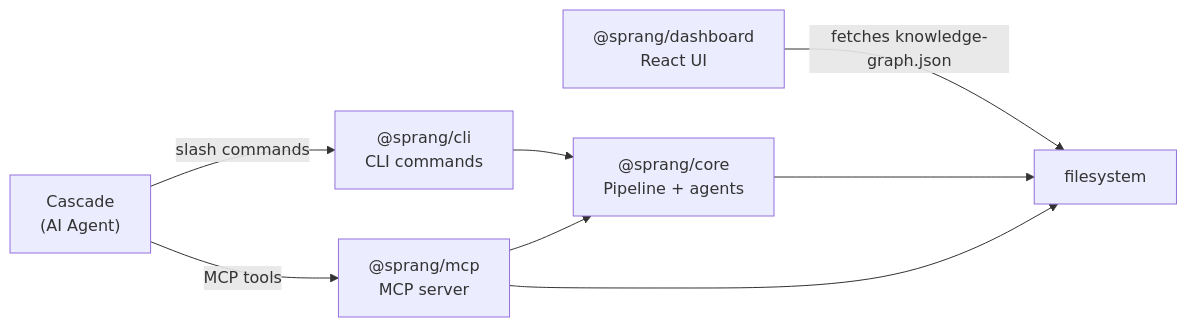
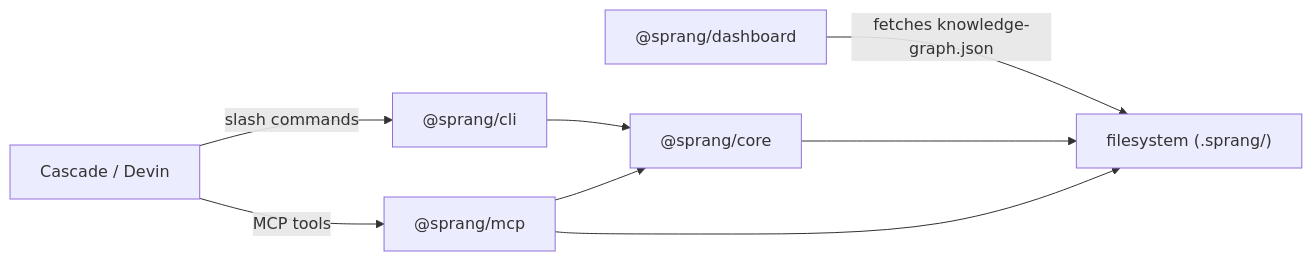
The first of 3 diagrams in README.md (FavioVazquez/sprang), drawn with Mermaid before and after one commit. The commit also changed other lines of this file and 9 other files, not shown here.

````diff
--- a/README.md
+++ b/README.md
@@ -281,10 +118,10 @@
 ```mermaid
 graph LR
-    CLI["@sprang/cli<br/>CLI commands"] --> CORE
-    MCP["@sprang/mcp<br/>MCP server"] --> CORE
-    DASH["@sprang/dashboard<br/>React UI"] --> |"fetches knowledge-graph.json"| FS["filesystem"]
-    CORE["@sprang/core<br/>Pipeline + agents"] --> FS
+    CLI["@sprang/cli"] --> CORE["@sprang/core"]
+    MCP["@sprang/mcp"] --> CORE
+    DASH["@sprang/dashboard"] -->|"fetches knowledge-graph.json"| FS["filesystem (.sprang/)"]
+    CORE --> FS
     MCP --> FS
-    CASCADE["Cascade<br/>(AI Agent)"] --> |"MCP tools"| MCP
-    CASCADE --> |"slash commands"| CLI
+    CASCADE["Cascade / Devin"] -->|"MCP tools"| MCP
+    CASCADE -->|"slash commands"| CLI
 ```
````
